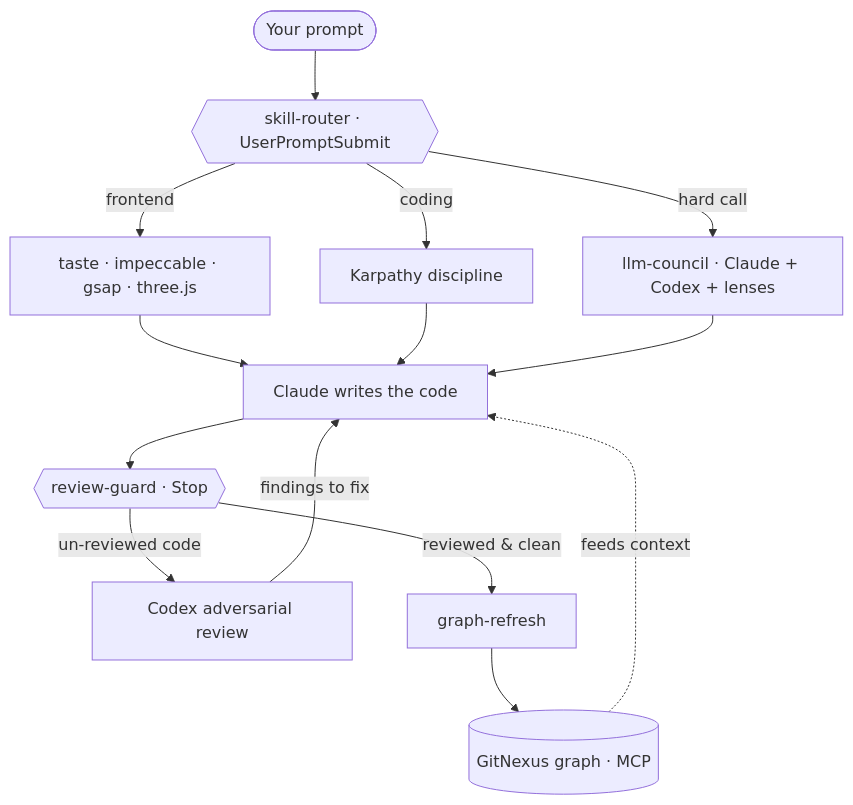
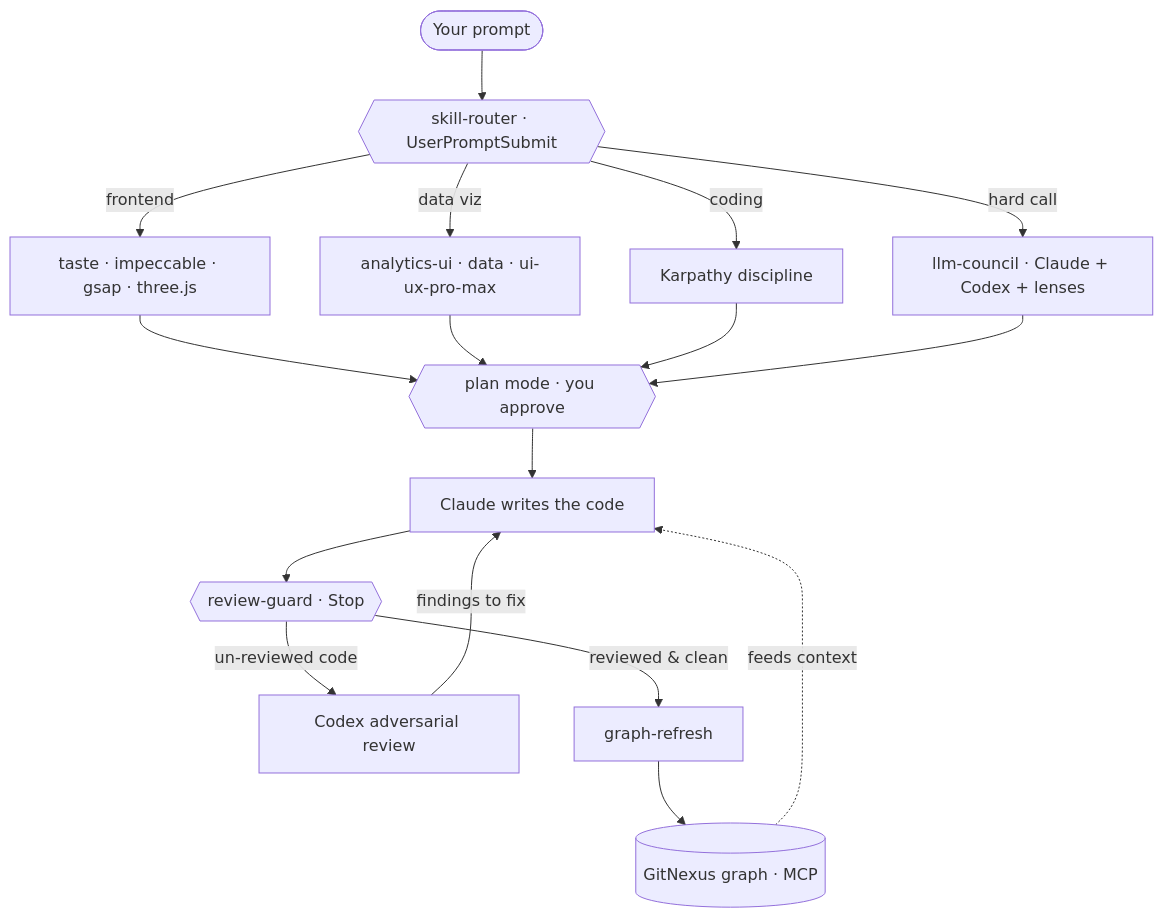
The diagram in README.md (IdoCohen560/CStack), drawn with Mermaid before and after one commit. The commit also changed other lines of this file and 3 other files, not shown here.

First line of the commit message:
Add analytics-ui layer + plan-first gate

````diff
--- a/README.md
+++ b/README.md
@@ -82,16 +84,19 @@
 ```mermaid
 flowchart TD
     P([Your prompt]) --> RT{{skill-router · UserPromptSubmit}}
     RT -->|frontend| SK[taste · impeccable · gsap · three.js]
+    RT -->|data viz| DV[analytics-ui · data · ui-ux-pro-max]
     RT -->|coding| KP[Karpathy discipline]
     RT -->|hard call| CO[llm-council · Claude + Codex + lenses]
-    SK --> W[Claude writes the code]
-    KP --> W
-    CO --> W
+    SK --> PL
+    DV --> PL
+    KP --> PL
+    CO --> PL
+    PL{{plan mode · you approve}} --> W[Claude writes the code]
     KG[(GitNexus graph · MCP)] -. feeds context .-> W
     W --> RG{{review-guard · Stop}}
     RG -->|un-reviewed code| CX[Codex adversarial review]
     CX -->|findings to fix| W
     RG -->|reviewed & clean| GR[graph-refresh]
     GR --> KG
 ```
````
